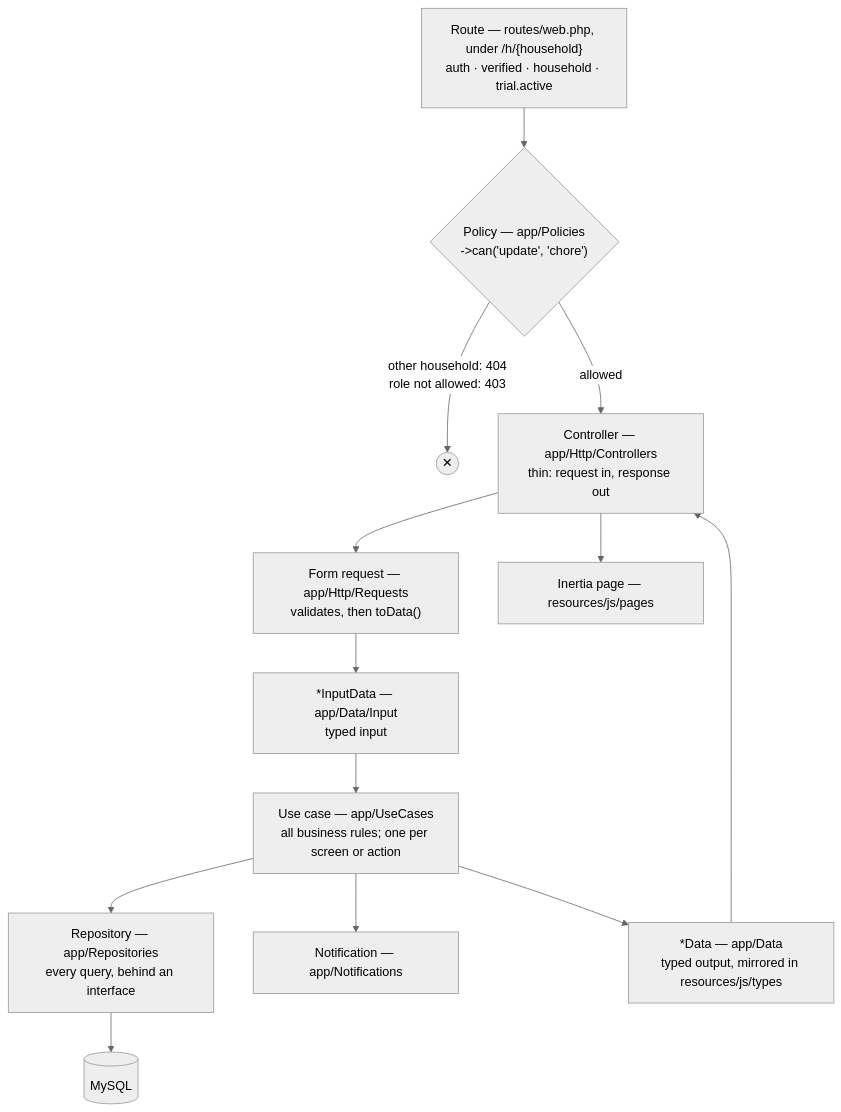
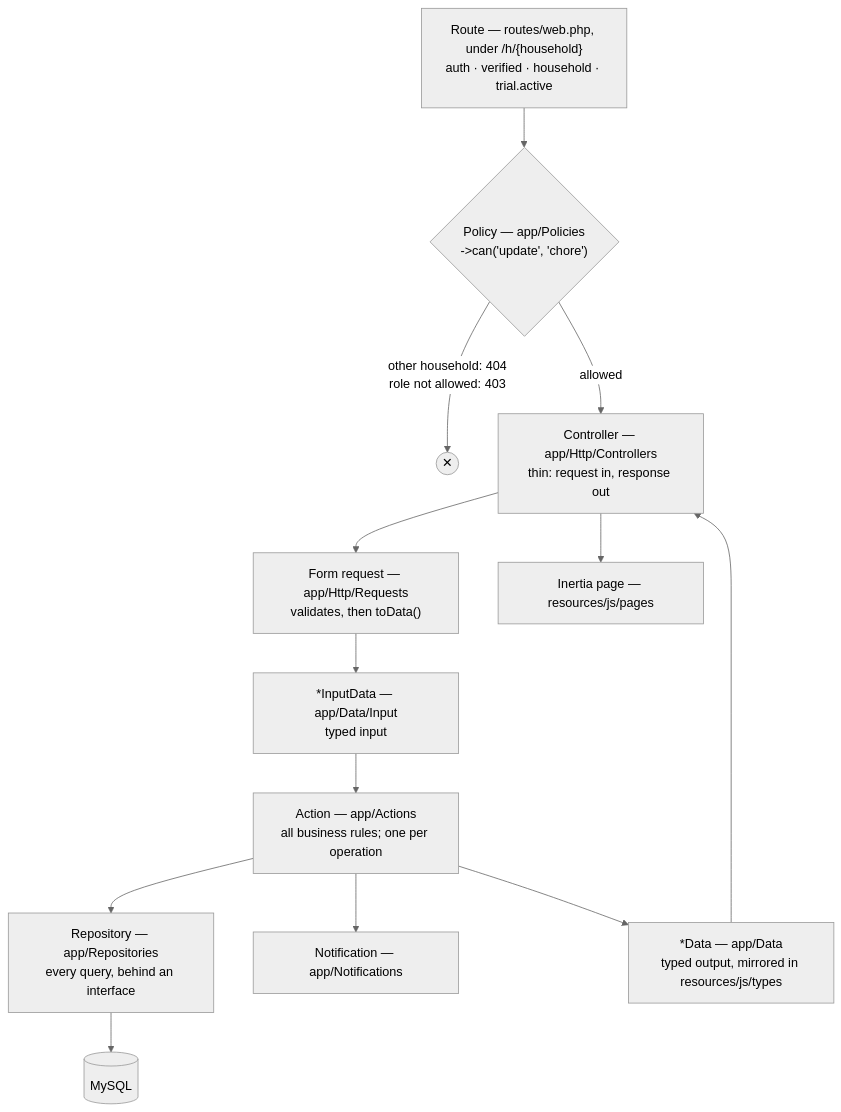
The fourth of 5 diagrams in README.md (owensanders/ryh), drawn with Mermaid (neutral theme) before and after one commit. The commit also changed other lines of this file and 186 other files, not shown here.

First line of the commit message:
Turn use cases into Actions

````diff
--- a/README.md
+++ b/README.md
@@ -245,23 +245,23 @@
 ```mermaid
 flowchart TD
     route["Route — routes/web.php, under /h/{household}<br/>auth · verified · household · trial.active"]
     policy{"Policy — app/Policies<br/>->can('update', 'chore')"}
     controller["Controller — app/Http/Controllers<br/>thin: request in, response out"]
     request["Form request — app/Http/Requests<br/>validates, then toData()"]
     input["*InputData — app/Data/Input<br/>typed input"]
-    usecase["Use case — app/UseCases<br/>all business rules; one per screen or action"]
+    usecase["Action — app/Actions<br/>all business rules; one per operation"]
     repo["Repository — app/Repositories<br/>every query, behind an interface"]
     db[("MySQL")]
     data["*Data — app/Data<br/>typed output, mirrored in resources/js/types"]
     page["Inertia page — resources/js/pages"]
     notification["Notification — app/Notifications"]
 
     route --> policy
     policy -- "other household: 404<br/>role not allowed: 403" --> stop(("✕"))
     policy -- "allowed" --> controller
     controller --> request --> input --> usecase
     usecase --> repo --> db
     usecase --> notification
     usecase --> data --> controller
     controller --> page
 ```
````
